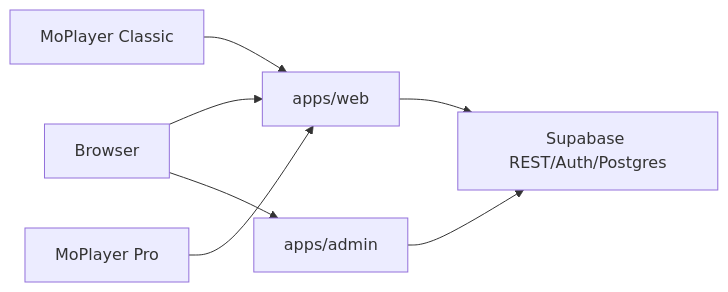
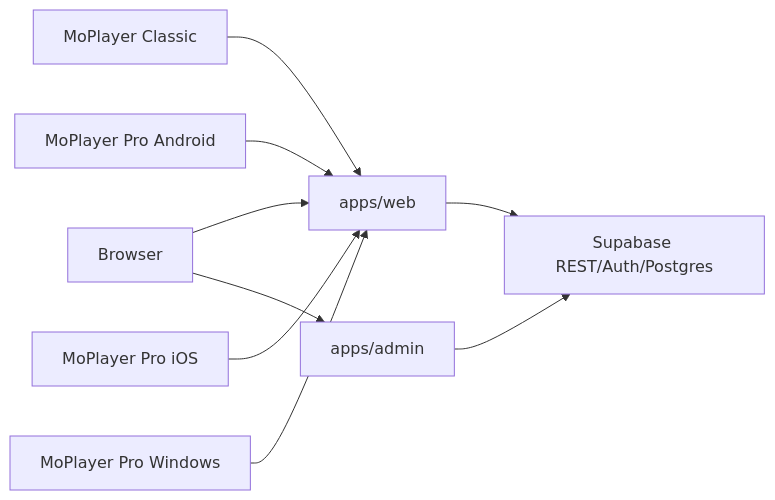
Before and after one commit to moalfarras-sys/Mohammad-alfarras: the diagram in docs/architecture.md, drawn with Mermaid. The commit also changed other lines of this file and 205 other files, not shown here.

````diff
--- a/docs/architecture.md
+++ b/docs/architecture.md
@@ -20,9 +22,11 @@
 ```mermaid
 flowchart LR
   browser["Browser"] --> web["apps/web"]
   browser --> admin["apps/admin"]
   classic["MoPlayer Classic"] --> web
-  pro["MoPlayer Pro"] --> web
+  proAndroid["MoPlayer Pro Android"] --> web
+  proIos["MoPlayer Pro iOS"] --> web
+  windows["MoPlayer Pro Windows"] --> web
   web --> supabase["Supabase REST/Auth/Postgres"]
   admin --> supabase
 ```
````
